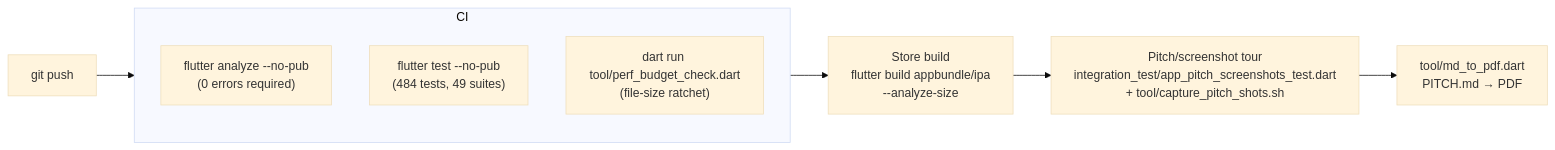
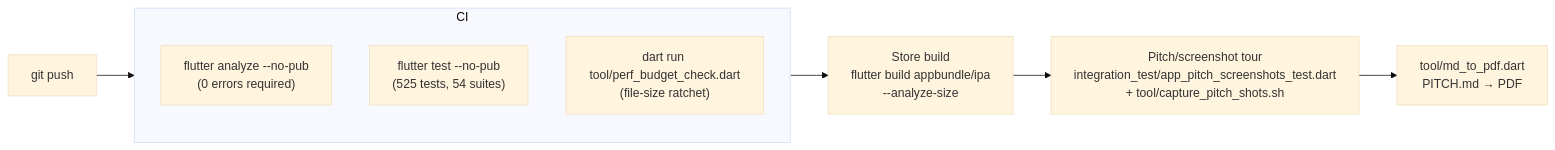
Before and after one commit to razique20/finavig: diagram 11 of 11 in ARCHITECTURE.md, drawn with Mermaid (base theme). The commit also changed 8 other files, not shown here.

````diff
--- a/ARCHITECTURE.md
+++ b/ARCHITECTURE.md
@@ -353,12 +353,12 @@
 ```mermaid
 flowchart LR
     PUSH["git push"] --> CI["CI gates"]
     subgraph CI
         A["flutter analyze --no-pub<br/>(0 errors required)"]
-        B["flutter test --no-pub<br/>(484 tests, 49 suites)"]
+        B["flutter test --no-pub<br/>(525 tests, 54 suites)"]
         C["dart run tool/perf_budget_check.dart<br/>(file-size ratchet)"]
     end
     CI --> REL["Store build<br/>flutter build appbundle/ipa<br/>--analyze-size"]
     REL --> SHOTS["Pitch/screenshot tour<br/>integration_test/app_pitch_screenshots_test.dart<br/>+ tool/capture_pitch_shots.sh"]
     SHOTS --> DECK["tool/md_to_pdf.dart<br/>PITCH.md → PDF"]
 ```
````
